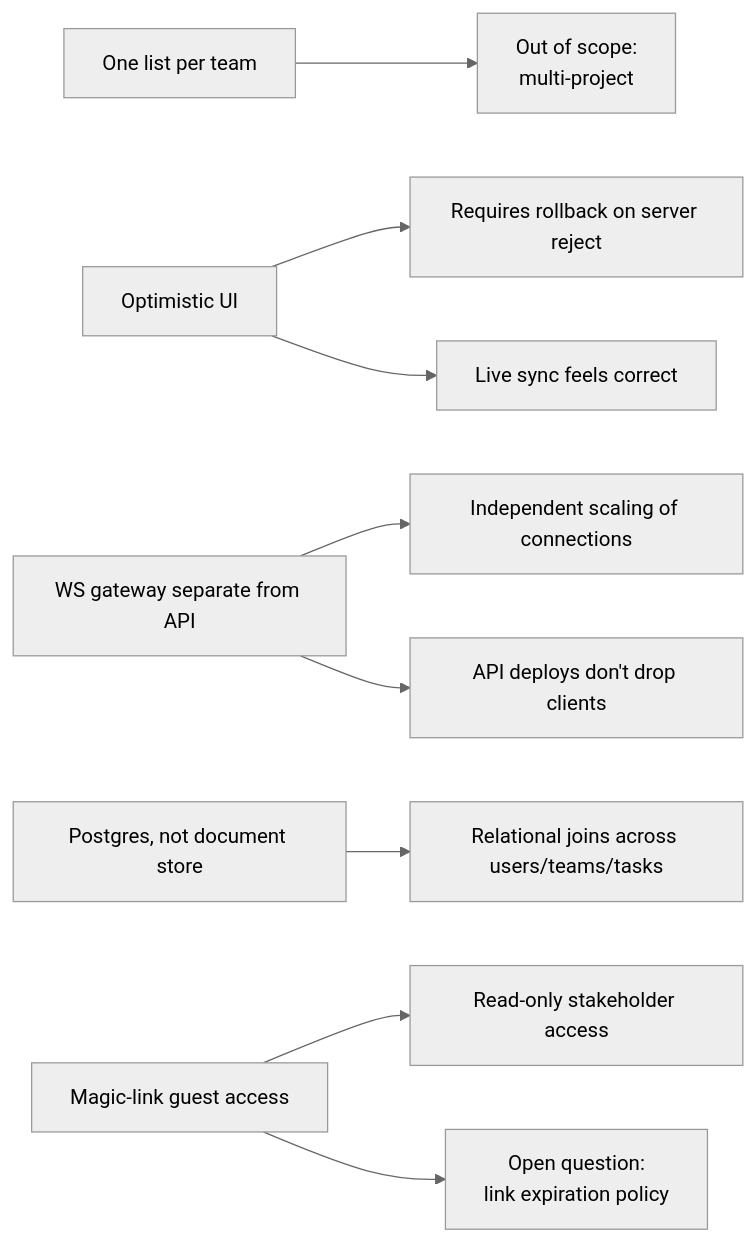
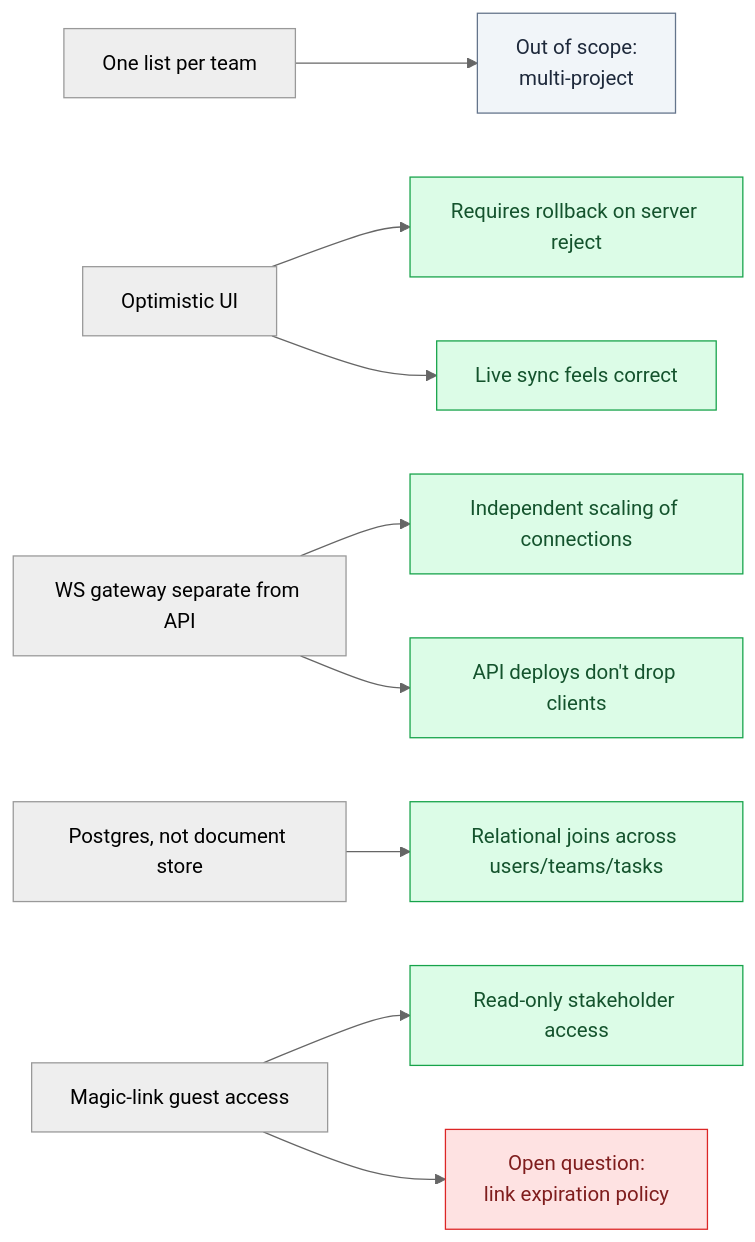
Before and after one commit to ficocelliguy/spec-tacle: the fifth of 7 diagrams in example/example-spec.md, drawn with Mermaid (neutral theme). The commit also changed other lines of this file and 16 other files, not shown here.

````diff
--- a/example/example-spec.md
+++ b/example/example-spec.md
@@ -367,17 +407,24 @@
 ```mermaid
 flowchart LR
   D1["One list per team"]
   D2["Optimistic UI"]
   D3["WS gateway separate from API"]
   D4["Postgres, not document store"]
   D5["Magic-link guest access"]
 
   D1 --> OOS1["Out of scope:\nmulti-project"]
   D2 --> R1["Requires rollback on server reject"]
   D2 --> R2["Live sync feels correct"]
   D3 --> R3["Independent scaling of connections"]
   D3 --> R4["API deploys don't drop clients"]
   D4 --> R5["Relational joins across users/teams/tasks"]
   D5 --> R6["Read-only stakeholder access"]
   D5 --> OQ1["Open question:\nlink expiration policy"]
+
+  classDef green fill:#dcfce7,stroke:#16a34a,color:#14532d
+  classDef red fill:#fee2e2,stroke:#dc2626,color:#7f1d1d
+  classDef gray fill:#f1f5f9,stroke:#64748b,color:#1e293b
+  class R1,R2,R3,R4,R5,R6 green
+  class OQ1 red
+  class OOS1 gray
 ```
````
